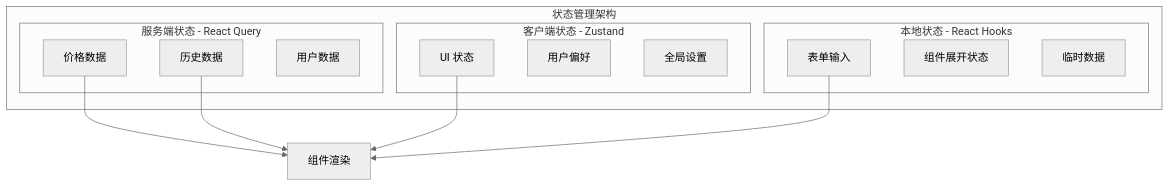
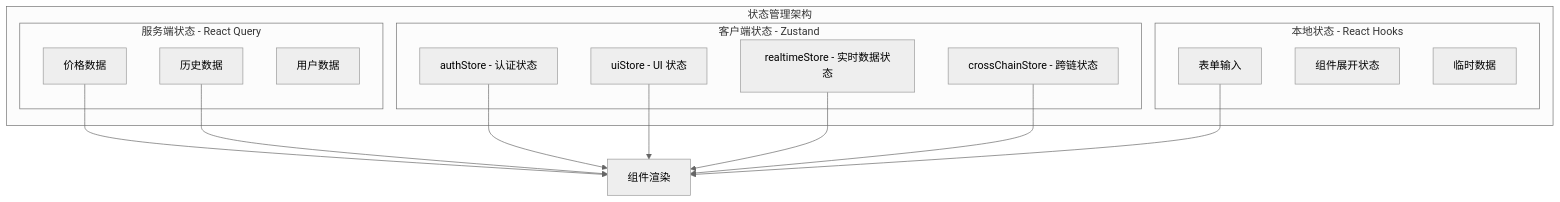
The first of 2 diagrams in docs/architecture/state-management.md (imokokok/Insight), drawn with Mermaid (neutral theme) before and after one commit. The commit also changed other lines of this file and 30 other files, not shown here.

````diff
--- a/docs/architecture/state-management.md
+++ b/docs/architecture/state-management.md
@@ -21,27 +21,31 @@
 ```mermaid
 graph TB
     subgraph StateManagement["状态管理架构"]
         subgraph ServerState["服务端状态 - React Query"]
             A[价格数据]
             B[历史数据]
             C[用户数据]
         end
 
         subgraph ClientState["客户端状态 - Zustand"]
-            D[UI 状态]
-            E[用户偏好]
-            F[全局设置]
+            D[authStore - 认证状态]
+            E[uiStore - UI 状态]
+            F[realtimeStore - 实时数据状态]
+            G[crossChainStore - 跨链状态]
         end
 
         subgraph LocalState["本地状态 - React Hooks"]
-            G[表单输入]
-            H[组件展开状态]
-            I[临时数据]
+            H[表单输入]
+            I[组件展开状态]
+            J[临时数据]
         end
     end
 
-    A --> J[组件渲染]
-    B --> J
-    D --> J
-    G --> J
+    A --> K[组件渲染]
+    B --> K
+    D --> K
+    E --> K
+    F --> K
+    G --> K
+    H --> K
 ```
````
